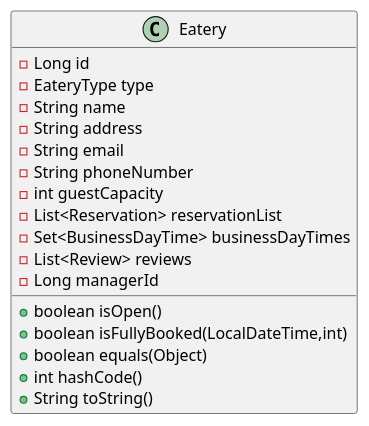
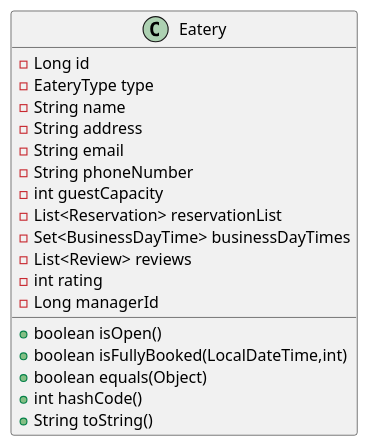
The diagram in diagram/eatery.puml (kyklospi/eatery), drawn with PlantUML before and after one commit. The commit also changed 2 other files, not shown here.

Commit message:
add rating to eatery

```diff
--- a/diagram/eatery.puml
+++ b/diagram/eatery.puml
@@ -1,20 +1,21 @@
 @startuml
 class Eatery {
 - Long id
 - EateryType type
 - String name
 - String address
 - String email
 - String phoneNumber
 - int guestCapacity
 - List<Reservation> reservationList
 - Set<BusinessDayTime> businessDayTimes
 - List<Review> reviews
+- int rating
 - Long managerId
 + boolean isOpen()
 + boolean isFullyBooked(LocalDateTime,int)
 + boolean equals(Object)
 + int hashCode()
 + String toString()
 }
 @enduml
```
